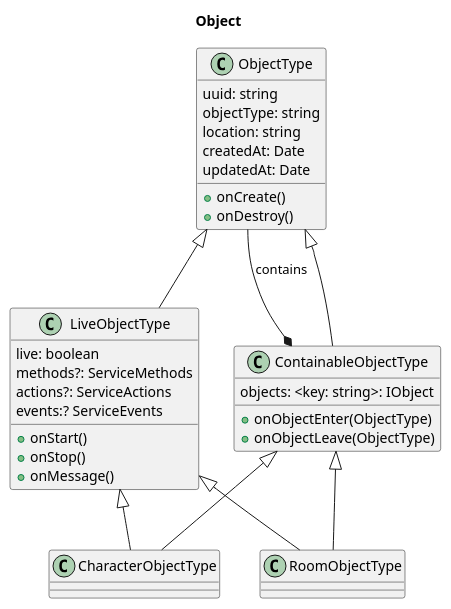
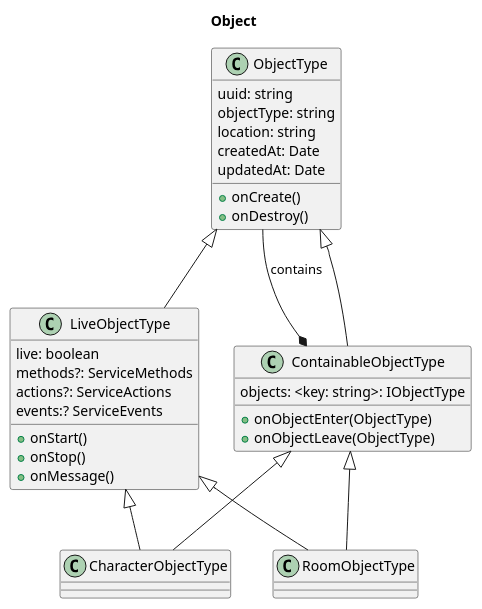
The diagram in docs/pages/developer_guide/object_types/object.puml (Cloudxtreme/engine-2), drawn with PlantUML before and after one commit. The commit also changed 15 other files, not shown here.

```diff
--- a/docs/pages/developer_guide/object_types/object.puml
+++ b/docs/pages/developer_guide/object_types/object.puml
@@ -1,36 +1,36 @@
 @startuml
 title: Object
 class ObjectType {
     uuid: string
     objectType: string
     location: string
     createdAt: Date
     updatedAt: Date
     +onCreate()
     +onDestroy()
 }
 
 class LiveObjectType extends ObjectType {
     live: boolean
     methods?: ServiceMethods
     actions?: ServiceActions
     events:? ServiceEvents
     +onStart()
     +onStop()
     +onMessage()
 }
 
 class ContainableObjectType extends ObjectType {
-    objects: <key: string>: IObject
+    objects: <key: string>: IObjectType
     +onObjectEnter(ObjectType)
     +onObjectLeave(ObjectType)
 }
 
 ContainableObjectType *-- ObjectType: contains
 
 class CharacterObjectType extends LiveObjectType
 class RoomObjectType extends LiveObjectType
 
 ContainableObjectType <|-- CharacterObjectType
 ContainableObjectType <|-- RoomObjectType
 @enduml
```
